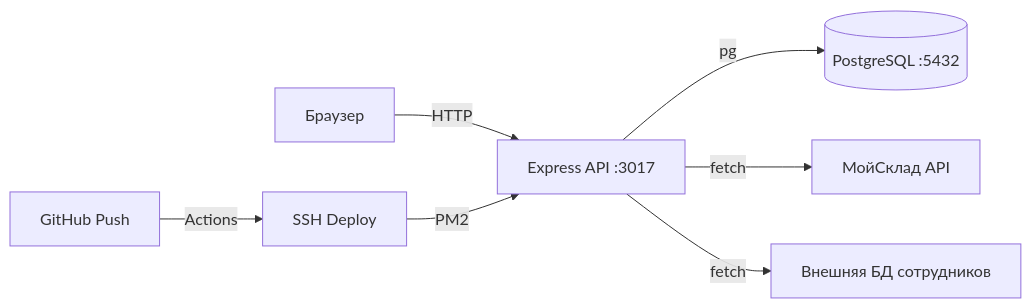
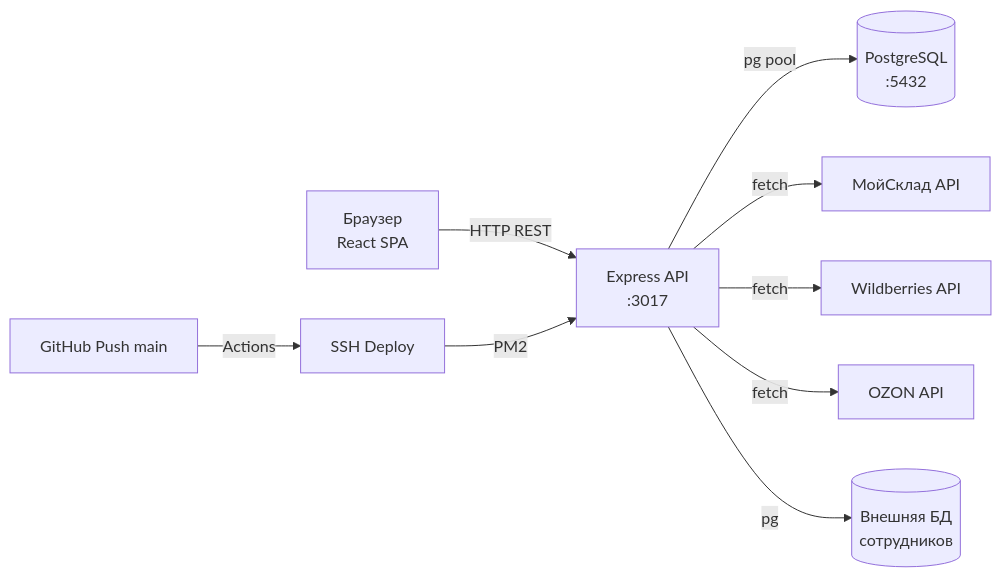
The diagram in docs/Архитектура/Общая схема.md (arra123/Sklad_control), drawn with Mermaid before and after one commit. The commit also changed other lines of this file and 19 other files, not shown here.

````diff
--- a/docs/Архитектура/Общая схема.md
+++ b/docs/Архитектура/Общая схема.md
@@ -46,9 +69,11 @@
 ```mermaid
 graph LR
-    Browser[Браузер] -->|HTTP| Express[Express API :3017]
-    Express -->|pg| DB[(PostgreSQL :5432)]
+    Browser[Браузер<br/>React SPA] -->|HTTP REST| Express[Express API<br/>:3017]
+    Express -->|pg pool| DB[(PostgreSQL<br/>:5432)]
     Express -->|fetch| MS[МойСклад API]
-    Express -->|fetch| ExtDB[Внешняя БД сотрудников]
-    GH[GitHub Push] -->|Actions| SSH[SSH Deploy]
+    Express -->|fetch| WB[Wildberries API]
+    Express -->|fetch| OZ[OZON API]
+    Express -->|pg| ExtDB[(Внешняя БД<br/>сотрудников)]
+    GH[GitHub Push main] -->|Actions| SSH[SSH Deploy]
     SSH -->|PM2| Express
 ```
````
